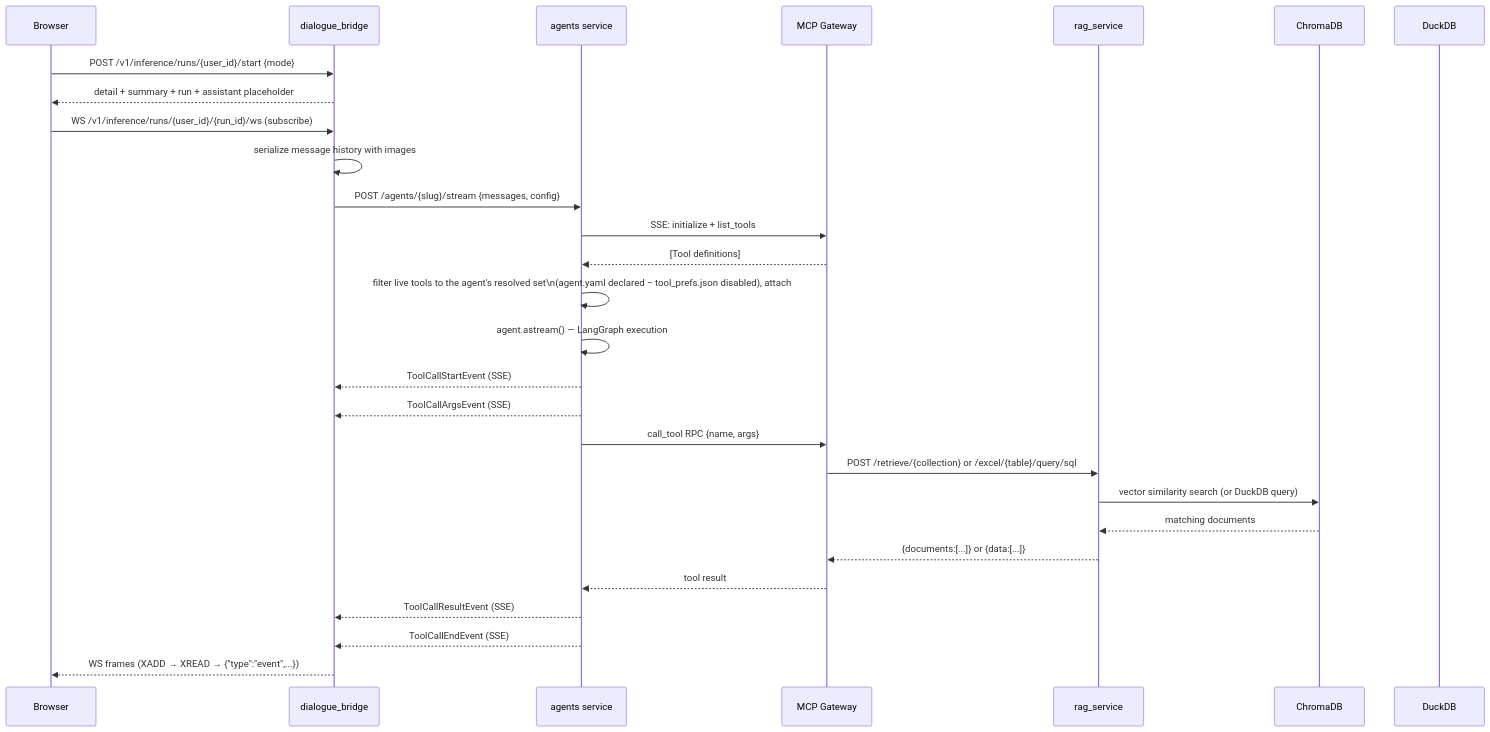
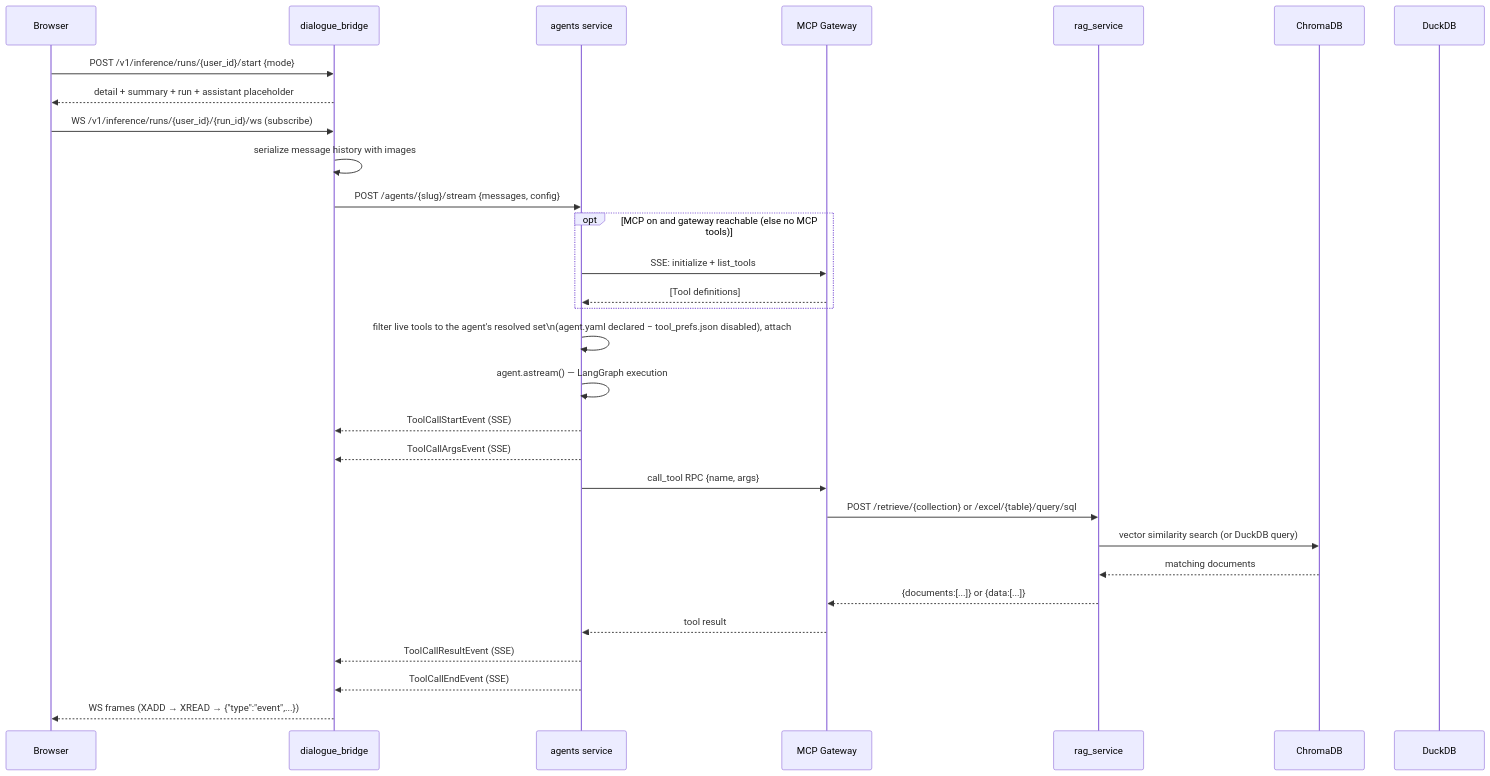
One commit to konstantinosmpouros/mAgenticX changed the second of 10 diagrams in docs/development/retrieval-and-tools.md. Above: the diagram before and after it, drawn with Mermaid. The commit also changed other lines of this file and 31 other files, not shown here.

````diff
--- a/docs/development/retrieval-and-tools.md
+++ b/docs/development/retrieval-and-tools.md
@@ -33,35 +33,37 @@
 ```mermaid
 sequenceDiagram
     participant Browser
     participant Bridge as dialogue_bridge
     participant Agents as agents service
     participant MCP as MCP Gateway
     participant RAG as rag_service
     participant Chroma as ChromaDB
     participant Duck as DuckDB
 
     Browser->>Bridge: POST /v1/inference/runs/{user_id}/start {mode}
     Bridge-->>Browser: detail + summary + run + assistant placeholder
     Browser->>Bridge: WS /v1/inference/runs/{user_id}/{run_id}/ws (subscribe)
     Bridge->>Bridge: serialize message history with images
     Bridge->>Agents: POST /agents/{slug}/stream {messages, config}
 
-    Agents->>MCP: SSE: initialize + list_tools
-    MCP-->>Agents: [Tool definitions]
+    opt MCP on and gateway reachable (else no MCP tools)
+        Agents->>MCP: SSE: initialize + list_tools
+        MCP-->>Agents: [Tool definitions]
+    end
     Agents->>Agents: filter live tools to the agent's resolved set\n(agent.yaml declared − tool_prefs.json disabled), attach
 
     Agents->>Agents: agent.astream() — LangGraph execution
     Agents-->>Bridge: ToolCallStartEvent (SSE)
     Agents-->>Bridge: ToolCallArgsEvent (SSE)
 
     Agents->>MCP: call_tool RPC {name, args}
     MCP->>RAG: POST /retrieve/{collection} or /excel/{table}/query/sql
     RAG->>Chroma: vector similarity search (or DuckDB query)
     Chroma-->>RAG: matching documents
     RAG-->>MCP: {documents:[...]} or {data:[...]}
     MCP-->>Agents: tool result
 
     Agents-->>Bridge: ToolCallResultEvent (SSE)
     Agents-->>Bridge: ToolCallEndEvent (SSE)
     Bridge-->>Browser: WS frames (XADD → XREAD → {"type":"event",...})
 ```
````
